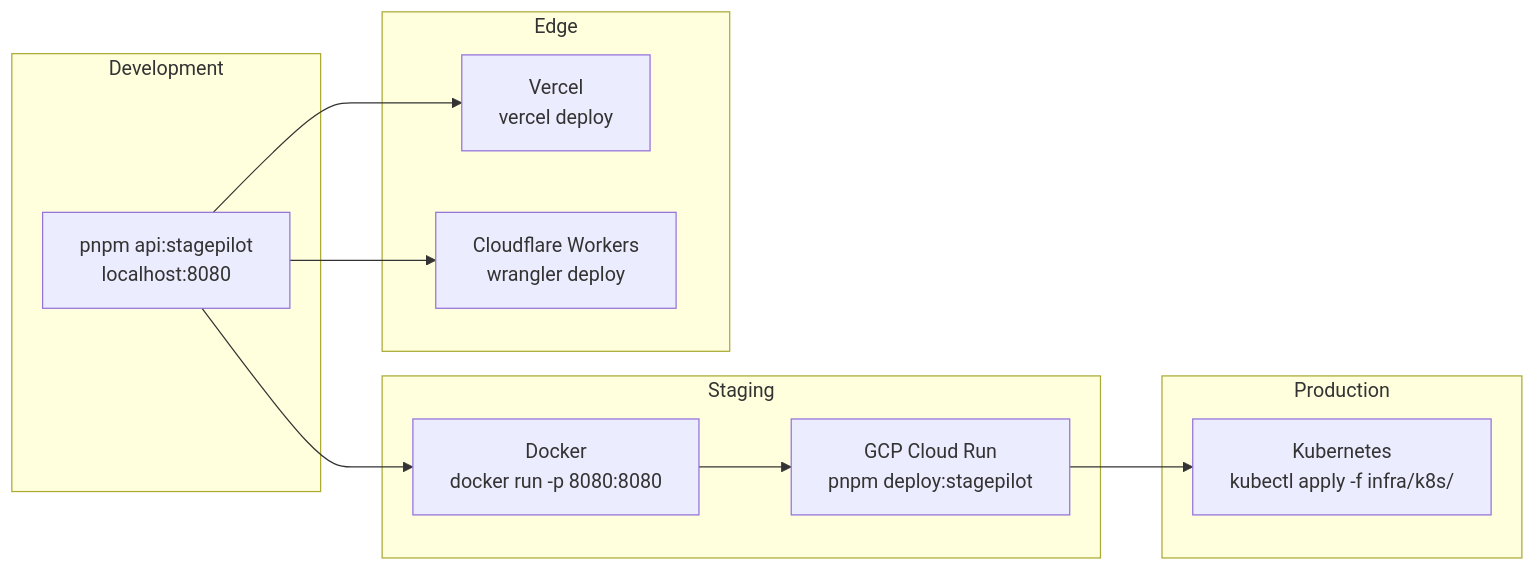
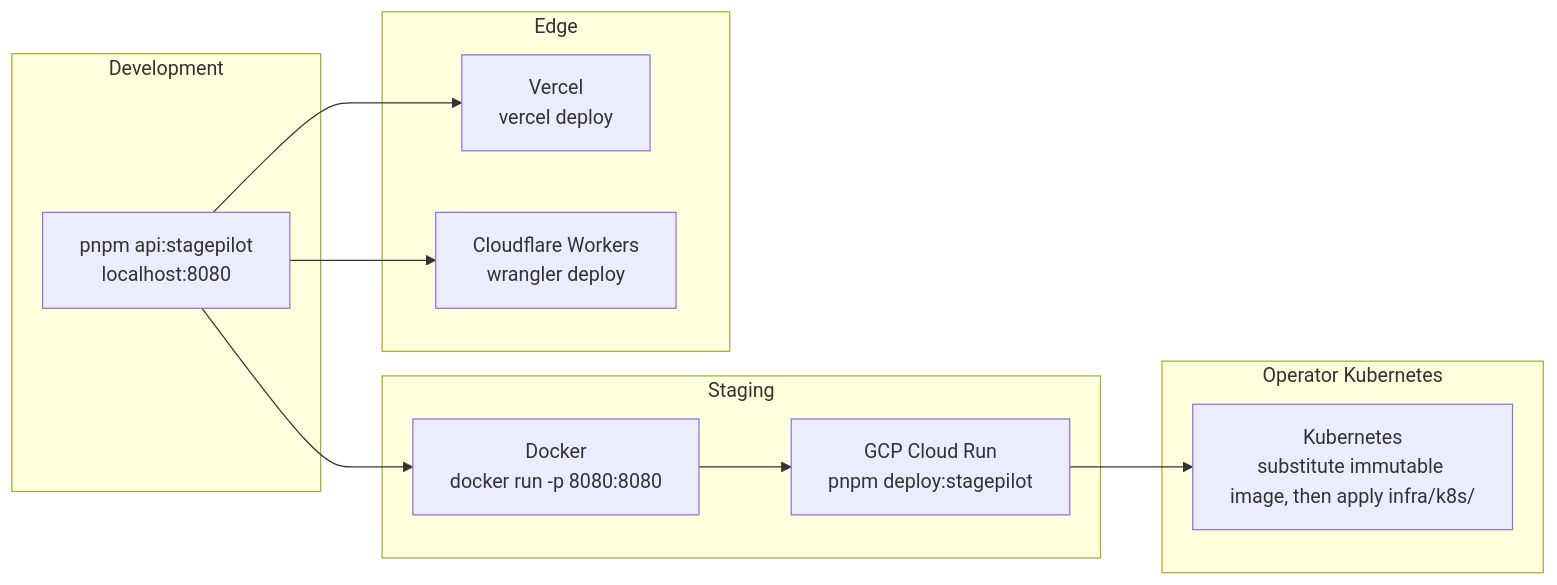
One commit to KIM3310/stage-pilot changed the second of 2 diagrams in docs/solution-architecture.md. Above: the diagram before and after it, drawn with Mermaid. The commit also changed other lines of this file and 23 other files, not shown here.

````diff
--- a/docs/solution-architecture.md
+++ b/docs/solution-architecture.md
@@ -101,26 +101,26 @@
 ```mermaid
 graph LR
     subgraph Dev["Development"]
         Local["pnpm api:stagepilot<br/>localhost:8080"]
     end
 
     subgraph Staging["Staging"]
         Docker["Docker<br/>docker run -p 8080:8080"]
         CR["GCP Cloud Run<br/>pnpm deploy:stagepilot"]
     end
 
-    subgraph Prod["Production"]
-        K8s["Kubernetes<br/>kubectl apply -f infra/k8s/"]
+    subgraph BYI["Operator Kubernetes"]
+        K8s["Kubernetes<br/>substitute immutable image, then apply infra/k8s/"]
     end
 
     subgraph Edge["Edge"]
         Vercel["Vercel<br/>vercel deploy"]
         CF["Cloudflare Workers<br/>wrangler deploy"]
     end
 
     Local --> Docker
     Docker --> CR
     CR --> K8s
     Local --> Vercel
     Local --> CF
 ```
````
